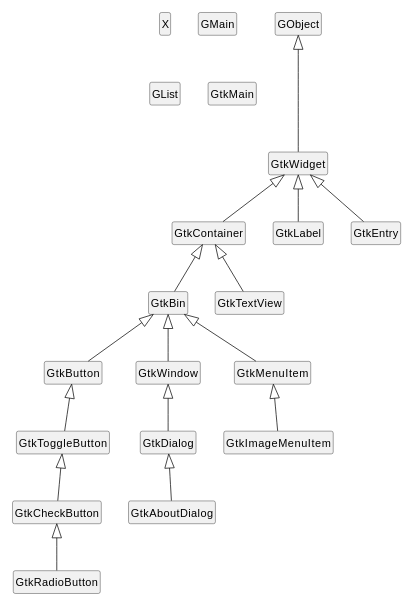
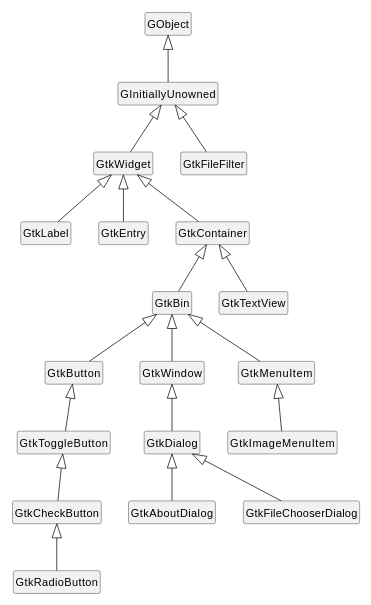
Before and after one commit to lizmat/raku-all-modules: the first of 3 diagrams in cpan/MARTIMM/GTK-V3/doc/Design.md, drawn with PlantUML. The commit also changed 20 other files, not shown here.

````diff
--- a/cpan/MARTIMM/GTK-V3/doc/Design.md
+++ b/cpan/MARTIMM/GTK-V3/doc/Design.md
@@ -6,78 +6,37 @@
 ```plantuml
 scale 0.7
 hide members
 hide circle
 
 'class Gui
 'class GSignal
 'GSignal <|-- GtkWidget
 'X <-* Gui
 
 
-class X
-
-class GMain
-class GList
-
-'class GdkScreen
-'class GdkDisplay
-'class GdkWindow
-
-class GtkMain
-'class GtkCssProvider
-'class GtkTextBuffer
-'class GtkBuilder
-
-class GObject
-
-class GtkWidget
-
-class GtkBin
-class GtkContainer
-class GtkTextView
-
-class GtkLabel
-
-class GtkButton
-class GtkToggleButton
-class GtkCheckButton
-class GtkRadioButton
-
-class GtkWindow
-class GtkDialog
-class GtkAboutDialog
-
 GtkBin <|-- GtkButton
 GtkButton <|-- GtkToggleButton
 GtkToggleButton <|-- GtkCheckButton
 GtkCheckButton <|-- GtkRadioButton
 
 GtkBin <|-- GtkWindow
 GtkWindow <|-- GtkDialog
 GtkDialog <|-- GtkAboutDialog
+GtkDialog <|-- GtkFileChooserDialog
 
 GtkWidget <|-- GtkLabel
 GtkWidget <|-- GtkEntry
 
 GtkContainer <|-- GtkBin
 GtkContainer <|-- GtkTextView
 GtkWidget <|-- GtkContainer
-'GtkBin --* GtkButton
 
-'GdkScreen <---o GtkWidget
-'GdkDisplay <---o GtkWidget
-'GdkWindow <---o GtkWidget
-
-GObject <|--- GtkWidget
-'GObject <|--- GtkBuilder
-'GObject <|--- GtkTextBuffer
-'GObject <|--- GtkCssProvider
-
-'GObject <|--- GdkScreen
-'GObject <|--- GdkWindow
-'GObject <|--- GdkDisplay
+GInitiallyUnowned <|-- GtkWidget
+GObject <|-- GInitiallyUnowned
 
 GtkBin <|-- GtkMenuItem
 GtkMenuItem <|-- GtkImageMenuItem
 
+GInitiallyUnowned <|-- GtkFileFilter
+
 ```
````
